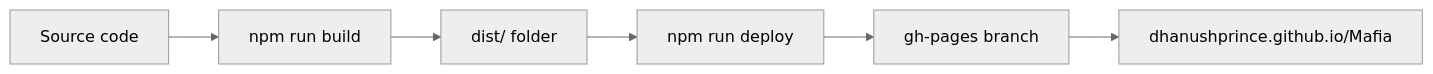
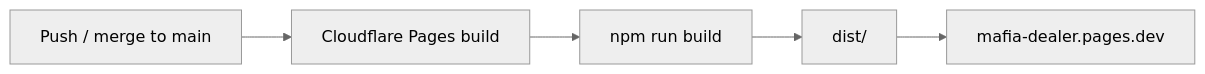
Before and after one commit to DhanushPrince/Mafia: the fifth of 6 diagrams in diagram.md, drawn with Mermaid (neutral theme). The commit also changed other lines of this file and 21 other files, not shown here.

````diff
--- a/diagram.md
+++ b/diagram.md
@@ -148,8 +173,7 @@
 ```mermaid
 flowchart LR
-    A[Source code] --> B[npm run build]
-    B --> C[dist/ folder]
-    C --> D[npm run deploy]
-    D --> E[gh-pages branch]
-    E --> F[dhanushprince.github.io/Mafia]
+    A[Push / merge to main] --> B[Cloudflare Pages build]
+    B --> C[npm run build]
+    C --> D[dist/]
+    D --> E[mafia-dealer.pages.dev]
 ```
````
